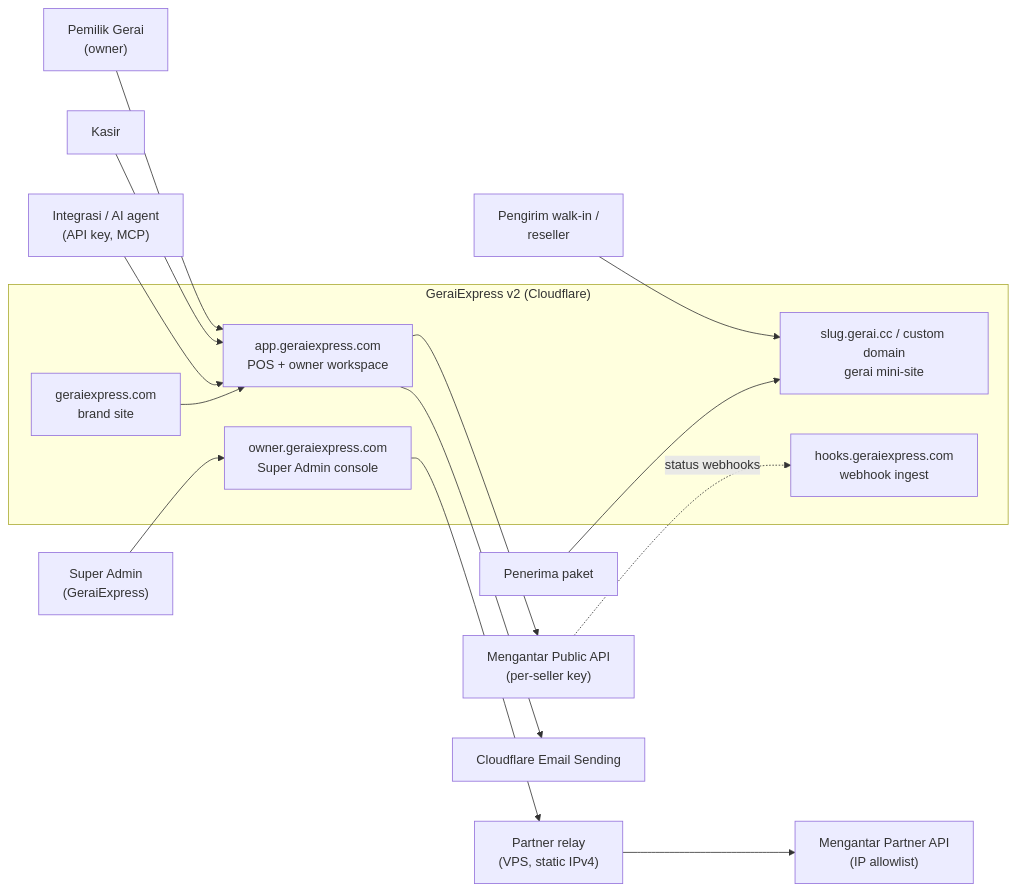
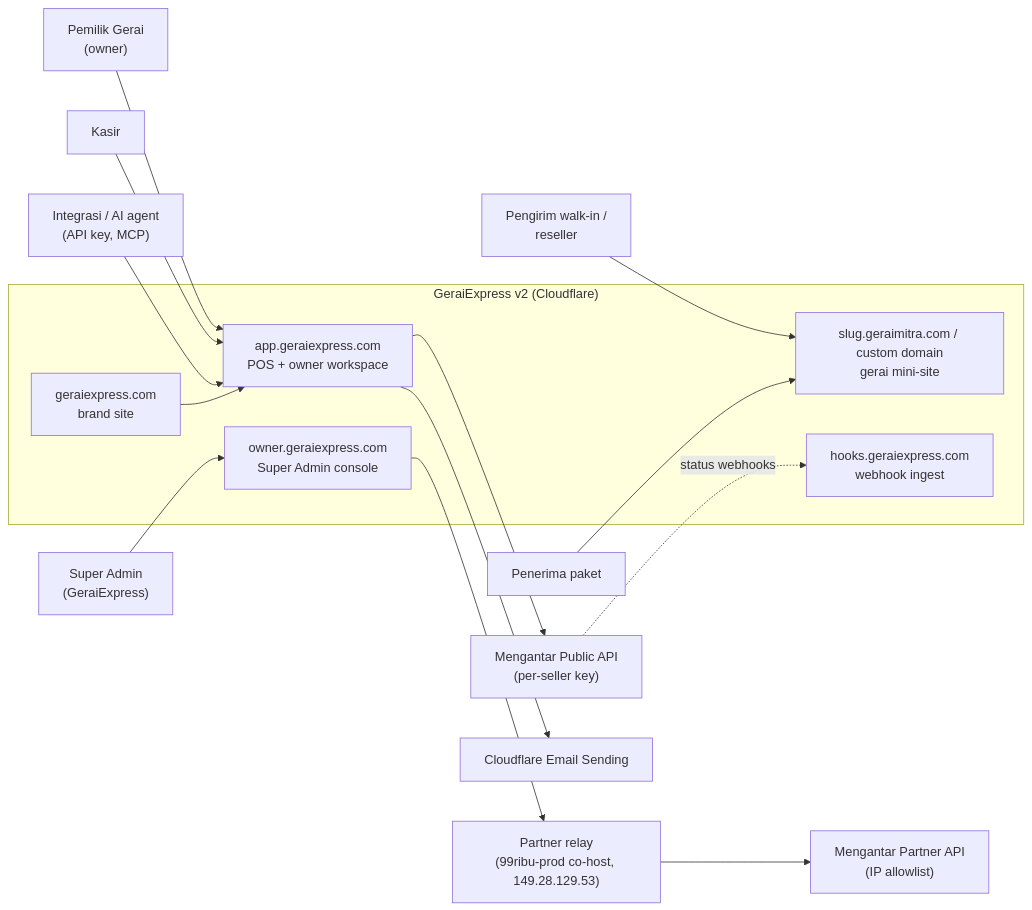
The first of 14 diagrams in docs/DIAGRAMS.md (ongkipro/geraiexpress-cfv2), drawn with Mermaid before and after one commit. The commit also changed other lines of this file and 87 other files, not shown here.

First line of the commit message:
feat: move the tenant zone to geraimitra.com and co-host the relay on 99ribu-prod

````diff
--- a/docs/DIAGRAMS.md
+++ b/docs/DIAGRAMS.md
@@ -27,34 +27,34 @@
 ```mermaid
 flowchart LR
     owner["Pemilik Gerai<br/>(owner)"]
     kasir["Kasir"]
     sender["Pengirim walk-in /<br/>reseller"]
     recipient["Penerima paket"]
     superadmin["Super Admin<br/>(GeraiExpress)"]
     integr["Integrasi / AI agent<br/>(API key, MCP)"]
 
     subgraph GX["GeraiExpress v2 (Cloudflare)"]
         app["app.geraiexpress.com<br/>POS + owner workspace"]
         adm["owner.geraiexpress.com<br/>Super Admin console"]
-        mini["slug.gerai.cc / custom domain<br/>gerai mini-site"]
+        mini["slug.geraimitra.com / custom domain<br/>gerai mini-site"]
         hooks["hooks.geraiexpress.com<br/>webhook ingest"]
         brand["geraiexpress.com<br/>brand site"]
     end
 
-    relay["Partner relay<br/>(VPS, static IPv4)"]
+    relay["Partner relay<br/>(99ribu-prod co-host, 149.28.129.53)"]
     mpub["Mengantar Public API<br/>(per-seller key)"]
     mpart["Mengantar Partner API<br/>(IP allowlist)"]
     cfmail["Cloudflare Email Sending"]
 
     owner --> app
     kasir --> app
     superadmin --> adm
     sender --> mini
     recipient --> mini
     integr --> app
     app --> mpub
     adm --> relay --> mpart
     mpub -. "status webhooks" .-> hooks
     app --> cfmail
     brand --> app
 ```
````
